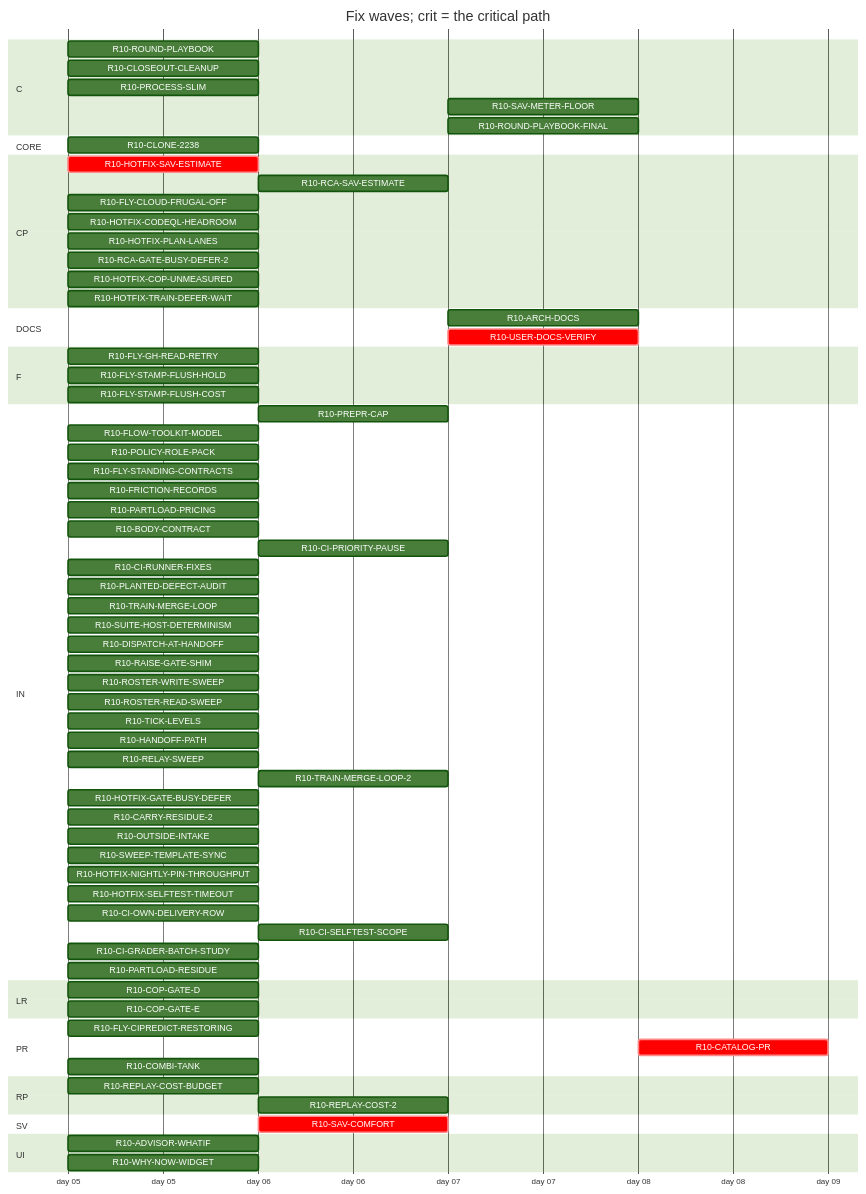
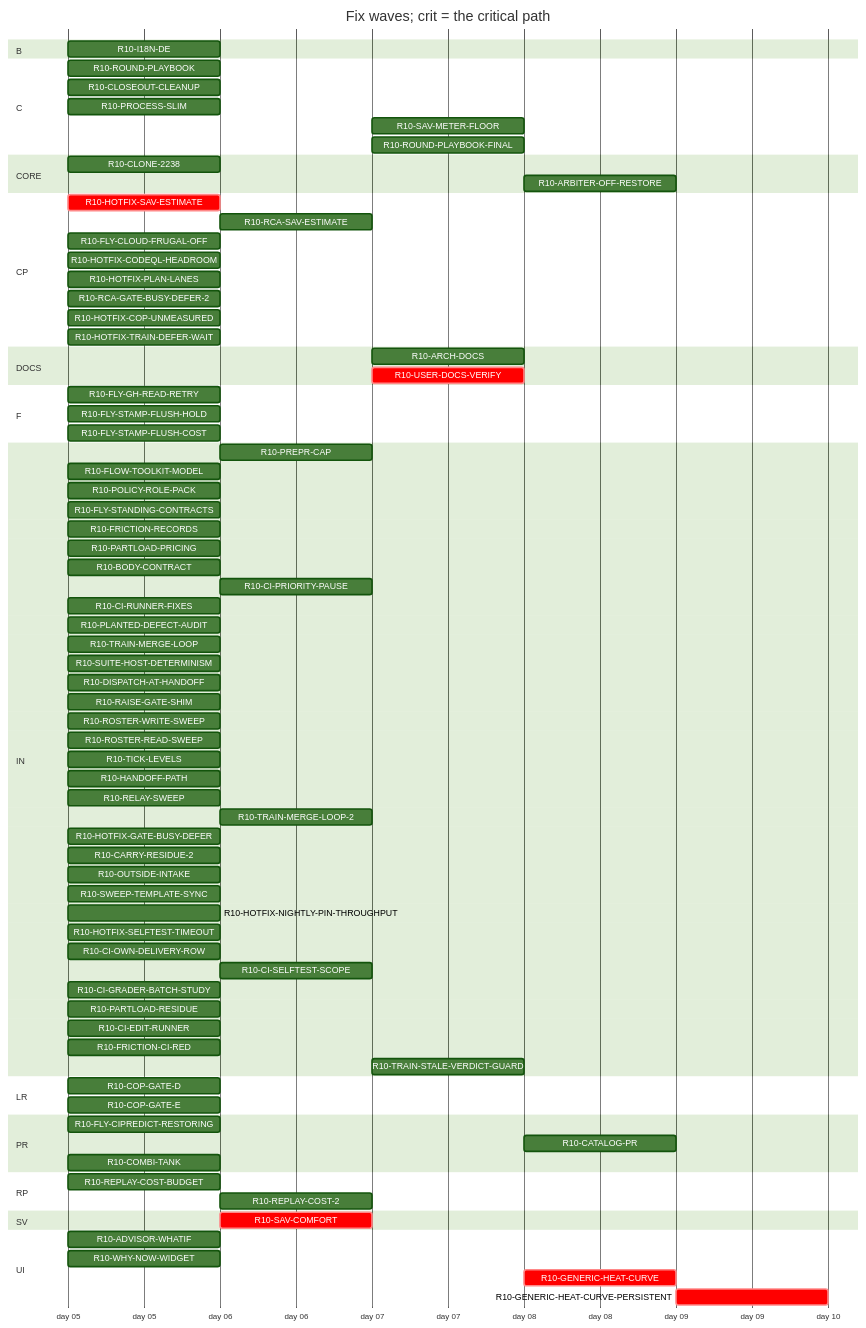
Before and after one commit to tvofi/heatpump_optimizer: the diagram in handoff/round10/state/PLAN-TABLE.md, drawn with Mermaid (forest theme). The commit also changed other lines of this file and 4 other files, not shown here.

Commit message:
state: FLOW-BOARD.md, NEXT-SESSION-PROMPT.md, PLAN-TABLE.md, PLAN.html, RESUME-CURRENT.md regenerated (state_docs.py)

````diff
--- a/handoff/round10/state/PLAN-TABLE.md
+++ b/handoff/round10/state/PLAN-TABLE.md
@@ -26,6 +27,8 @@
   title Fix waves; crit = the critical path
   dateFormat YYYY-MM-DD
   axisFormat day %d
+  section B
+    R10-I18N-DE :r10I18NDE, 2026-01-05, 1d
   section C
     R10-ROUND-PLAYBOOK :r10ROUNDPLAYBOOK, 2026-01-05, 1d
     R10-CLOSEOUT-CLEANUP :r10CLOSEOUTCLEANUP, 2026-01-05, 1d
@@ -34,6 +37,7 @@
     R10-ROUND-PLAYBOOK-FINAL :r10ROUNDPLAYBOOKFINAL, after r10PREPRCAP r10HANDOFFPATH r10RELAYSWEEP r10TRAINMERGELOOP r10DISPATCHATHANDOFF r10BODYCONTRACT r10TICKLEVELS r10CIPRIORITYPAUSE r10ROSTERWRITESWEEP r10ROSTERREADSWEEP r10FLYSTANDINGCONTRACTS r10POLICYROLEPACK r10FRICTIONRECORDS r10FLOWTOOLKITMODEL r10CIRUNNERFIXES r10FLYCIPREDICTRESTORING r10RAISEGATESHIM r10PLANTEDDEFECTAUDIT r10FLYGHREADRETRY r10SUITEHOSTDETERMINISM r10ROUNDPLAYBOOK, 1d
   section CORE
     R10-CLONE-2238 :r10CLONE2238, 2026-01-05, 1d
+    R10-ARBITER-OFF-RESTORE :r10ARBITEROFFRESTORE, after r10GENERICHEATCURVE, 1d
   section CP
     R10-HOTFIX-SAV-ESTIMATE :crit, r10HOTFIXSAVESTIMATE, 2026-01-05, 1d
     R10-RCA-SAV-ESTIMATE :r10RCASAVESTIMATE, after r10HOTFIXSAVESTIMATE, 1d
@@ -81,12 +85,15 @@
     R10-CI-SELFTEST-SCOPE :r10CISELFTESTSCOPE, after r10HOTFIXSELFTESTTIMEOUT, 1d
     R10-CI-GRADER-BATCH-STUDY :r10CIGRADERBATCHSTUDY, 2026-01-05, 1d
     R10-PARTLOAD-RESIDUE :r10PARTLOADRESIDUE, 2026-01-05, 1d
+    R10-CI-EDIT-RUNNER :r10CIEDITRUNNER, 2026-01-05, 1d
+    R10-FRICTION-CI-RED :r10FRICTIONCIRED, 2026-01-05, 1d
+    R10-TRAIN-STALE-VERDICT-GUARD :r10TRAINSTALEVERDICTGUARD, after r10TRAINMERGELOOP2 r10HOTFIXTRAINDEFERWAIT, 1d
   section LR
     R10-COP-GATE-D :r10COPGATED, 2026-01-05, 1d
     R10-COP-GATE-E :r10COPGATEE, 2026-01-05, 1d
   section PR
     R10-FLY-CIPREDICT-RESTORING :r10FLYCIPREDICTRESTORING, 2026-01-05, 1d
-    R10-CATALOG-PR :crit, r10CATALOGPR, after r10USERDOCSVERIFY r10ARCHDOCS r10ROUNDPLAYBOOKFINAL r10CLOSEOUTCLEANUP, 1d
+    R10-CATALOG-PR :r10CATALOGPR, after r10USERDOCSVERIFY r10ARCHDOCS r10ROUNDPLAYBOOKFINAL r10CLOSEOUTCLEANUP, 1d
     R10-COMBI-TANK :r10COMBITANK, 2026-01-05, 1d
   section RP
     R10-REPLAY-COST-BUDGET :r10REPLAYCOSTBUDGET, 2026-01-05, 1d
@@ -96,4 +103,6 @@
   section UI
     R10-ADVISOR-WHATIF :r10ADVISORWHATIF, 2026-01-05, 1d
     R10-WHY-NOW-WIDGET :r10WHYNOWWIDGET, 2026-01-05, 1d
+    R10-GENERIC-HEAT-CURVE :crit, r10GENERICHEATCURVE, after r10USERDOCSVERIFY, 1d
+    R10-GENERIC-HEAT-CURVE-PERSISTENT :crit, r10GENERICHEATCURVEPERSISTENT, after r10GENERICHEATCURVE, 1d
 ```
````
